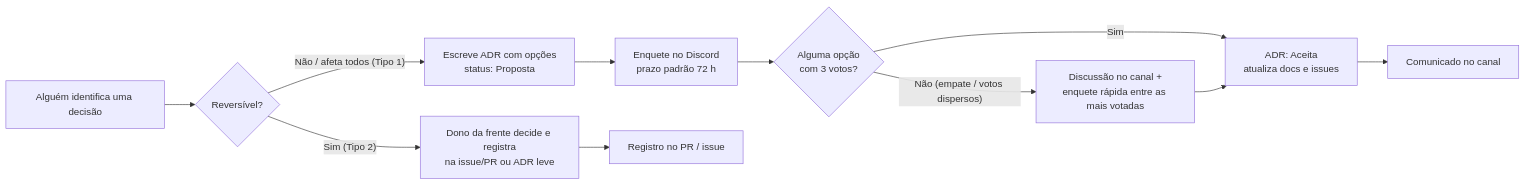
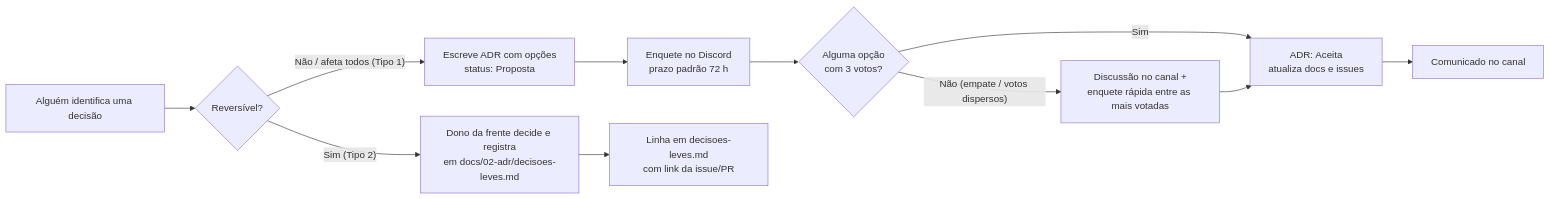
The first of 2 diagrams in docs/00-guia-do-grupo/como-trabalhamos.md (HermandoThiago/FIAP-SOAT), drawn with Mermaid before and after one commit. The commit also changed other lines of this file and 5 other files, not shown here.

First line of the commit message:
docs(adr): criar registro de decisões leves (Tipo 2)

````diff
--- a/docs/00-guia-do-grupo/como-trabalhamos.md
+++ b/docs/00-guia-do-grupo/como-trabalhamos.md
@@ -31,13 +31,13 @@
 ```mermaid
 flowchart LR
     A[Alguém identifica uma decisão] --> B{Reversível?}
-    B -- "Sim (Tipo 2)" --> C[Dono da frente decide e registra<br/>na issue/PR ou ADR leve]
+    B -- "Sim (Tipo 2)" --> C[Dono da frente decide e registra<br/>em docs/02-adr/decisoes-leves.md]
     B -- "Não / afeta todos (Tipo 1)" --> D[Escreve ADR com opções<br/>status: Proposta]
     D --> E[Enquete no Discord<br/>prazo padrão 72 h]
     E --> F{Alguma opção<br/>com 3 votos?}
     F -- Sim --> G[ADR: Aceita<br/>atualiza docs e issues]
     F -- "Não (empate / votos dispersos)" --> H[Discussão no canal +<br/>enquete rápida entre as mais votadas]
     H --> G
-    C --> I[Registro no PR / issue]
+    C --> I[Linha em decisoes-leves.md<br/>com link da issue/PR]
     G --> J[Comunicado no canal]
 ```
````
